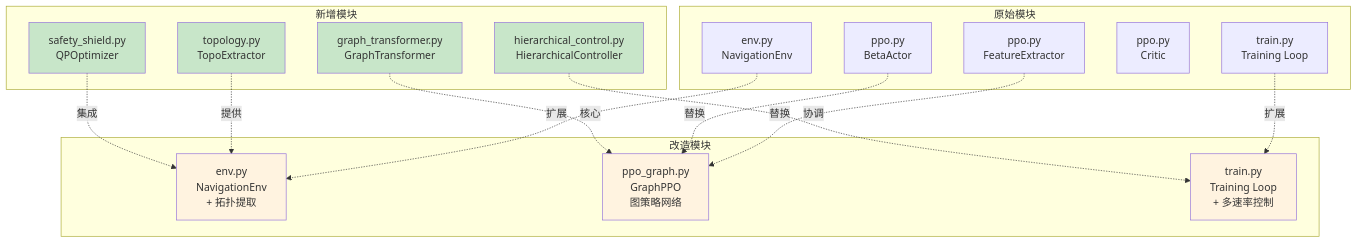
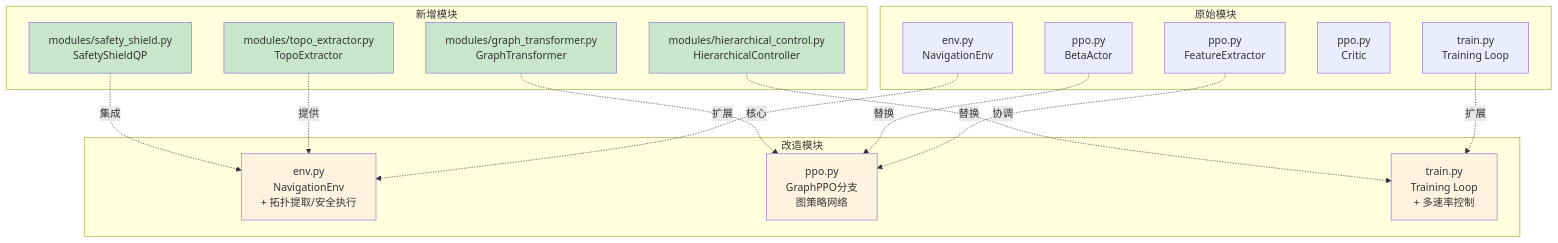
Before and after one commit to Shepherd010/NavRL: the fourth of 5 diagrams in isaac-training/doc/06-新架构总览-拓扑图导航系统.md, drawn with Mermaid. The commit also changed other lines of this file and 25 other files, not shown here.

````diff
--- a/isaac-training/doc/06-新架构总览-拓扑图导航系统.md
+++ b/isaac-training/doc/06-新架构总览-拓扑图导航系统.md
@@ -198,41 +127,41 @@
 ```mermaid
 graph TD
     subgraph 原始模块
     A1[env.py<br/>NavigationEnv]
     A2[ppo.py<br/>FeatureExtractor]
     A3[ppo.py<br/>BetaActor]
     A4[ppo.py<br/>Critic]
     A5[train.py<br/>Training Loop]
     end
     
-    subgraph 新增模块
-    B1[topology.py<br/>TopoExtractor]
-    B2[graph_transformer.py<br/>GraphTransformer]
-    B3[safety_shield.py<br/>QPOptimizer]
-    B4[hierarchical_control.py<br/>HierarchicalController]
+   subgraph 新增模块
+   B1[modules/topo_extractor.py<br/>TopoExtractor]
+   B2[modules/graph_transformer.py<br/>GraphTransformer]
+   B3[modules/safety_shield.py<br/>SafetyShieldQP]
+   B4[modules/hierarchical_control.py<br/>HierarchicalController]
     end
     
-    subgraph 改造模块
-    C1[env.py<br/>NavigationEnv<br/>+ 拓扑提取]
-    C2[ppo_graph.py<br/>GraphPPO<br/>图策略网络]
-    C3[train.py<br/>Training Loop<br/>+ 多速率控制]
+   subgraph 改造模块
+   C1[env.py<br/>NavigationEnv<br/>+ 拓扑提取/安全执行]
+   C2[ppo.py<br/>GraphPPO分支<br/>图策略网络]
+   C3[train.py<br/>Training Loop<br/>+ 多速率控制]
     end
     
     A1 -.扩展.-> C1
     A2 -.替换.-> C2
     A3 -.替换.-> C2
     A5 -.扩展.-> C3
     
     B1 -.->|提供| C1
     B2 -.->|核心| C2
     B3 -.->|集成| C1
     B4 -.->|协调| C3
     
     style B1 fill:#c8e6c9
     style B2 fill:#c8e6c9
     style B3 fill:#c8e6c9
     style B4 fill:#c8e6c9
     style C1 fill:#fff3e0
     style C2 fill:#fff3e0
     style C3 fill:#fff3e0
 ```
````
